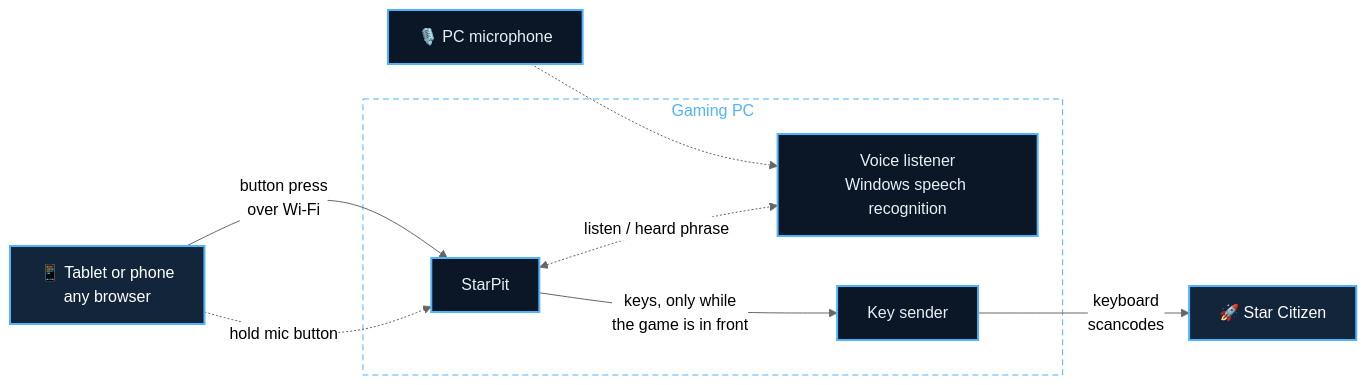
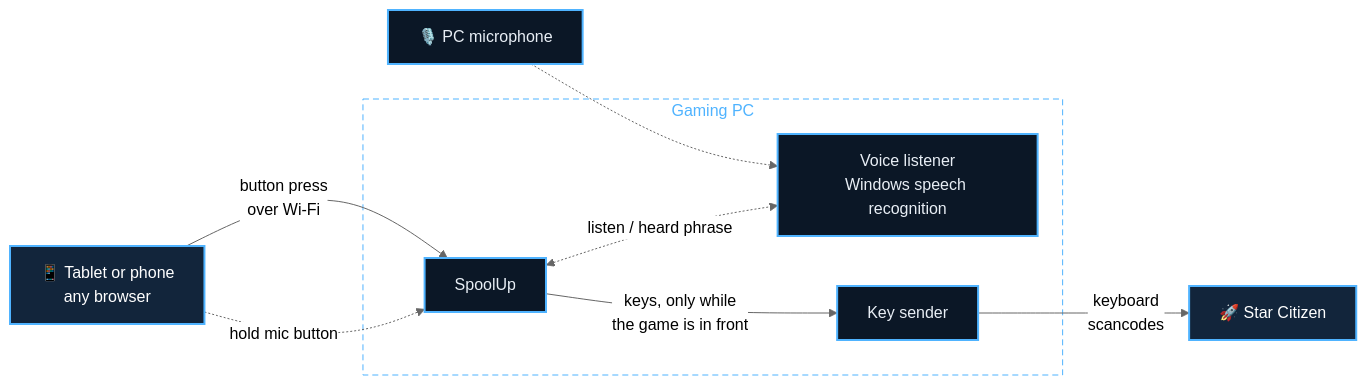
The diagram in README.md (xattribution/SpoolUp), drawn with Mermaid (neutral theme) before and after one commit. The commit also changed other lines of this file and 74 other files, not shown here.

````diff
--- a/README.md
+++ b/README.md
@@ -604,24 +604,24 @@
 ```mermaid
 flowchart LR
     tablet["📱 Tablet or phone<br/>any browser"]
     mic["🎙️ PC microphone"]
     subgraph pc["Gaming PC"]
-        server["StarPit"]
+        server["SpoolUp"]
         voice["Voice listener<br/>Windows speech recognition"]
         keys["Key sender"]
     end
     game["🚀 Star Citizen"]
 
     tablet -- "button press<br/>over Wi-Fi" --> server
     tablet -. "hold mic button" .-> server
     mic -.-> voice
     server <-. "listen / heard phrase" .-> voice
     server -- "keys, only while<br/>the game is in front" --> keys
     keys -- "keyboard<br/>scancodes" --> game
 
     classDef box fill:#0b1726,stroke:#4fb3ff,stroke-width:2px,color:#e8eef5
     classDef ends fill:#12253b,stroke:#4fb3ff,stroke-width:2px,color:#ffffff
     class server,voice,keys,mic box
     class tablet,game ends
     style pc fill:transparent,stroke:#4fb3ff,stroke-dasharray:6 4,color:#4fb3ff
 ```
````
